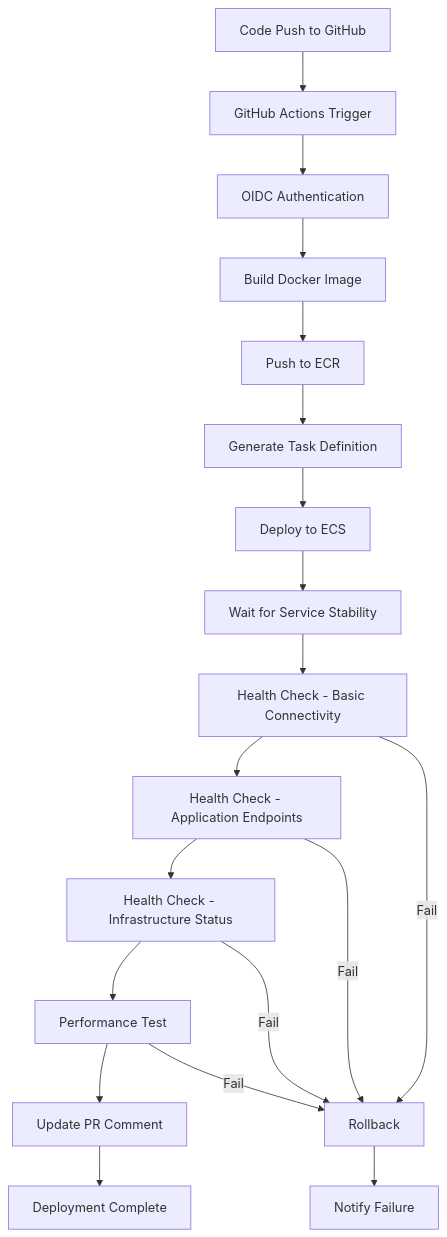
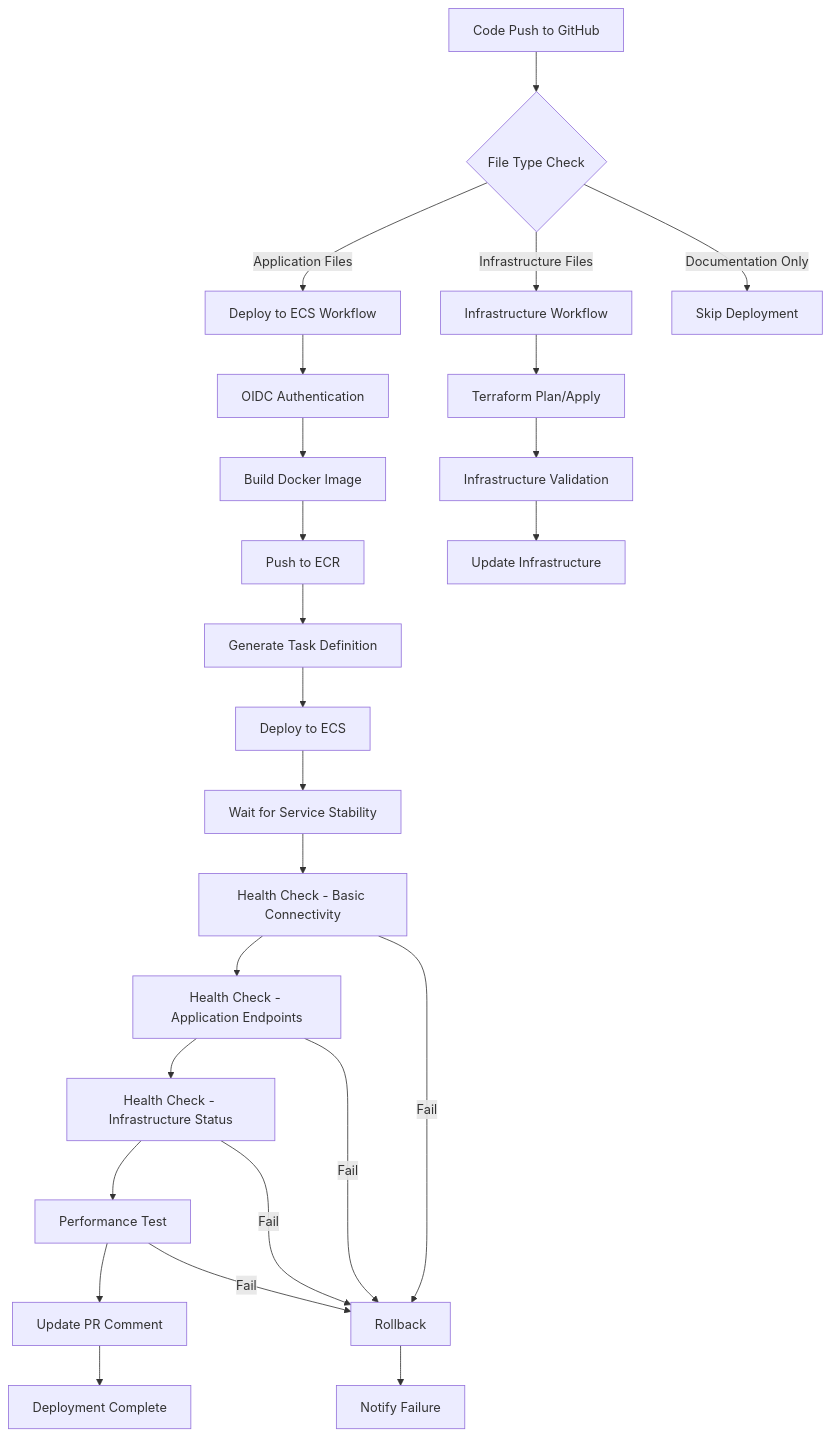
The third of 3 diagrams in README.md (iwishiwala/devops_task), drawn with Mermaid before and after one commit. The commit also changed other lines of this file and 5 other files, not shown here.

````diff
--- a/README.md
+++ b/README.md
@@ -141,22 +141,30 @@
 ```mermaid
 graph TD
-    A[Code Push to GitHub] --> B[GitHub Actions Trigger]
-    B --> C[OIDC Authentication]
-    C --> D[Build Docker Image]
-    D --> E[Push to ECR]
-    E --> F[Generate Task Definition]
-    F --> G[Deploy to ECS]
-    G --> H[Wait for Service Stability]
-    H --> I[Health Check - Basic Connectivity]
-    I --> J[Health Check - Application Endpoints]
-    J --> K[Health Check - Infrastructure Status]
-    K --> L[Performance Test]
-    L --> M[Update PR Comment]
-    M --> N[Deployment Complete]
+    A[Code Push to GitHub] --> B{File Type Check}
+    B -->|Application Files| C[Deploy to ECS Workflow]
+    B -->|Infrastructure Files| D[Infrastructure Workflow]
+    B -->|Documentation Only| E[Skip Deployment]
     
-    I -->|Fail| O[Rollback]
-    J -->|Fail| O
-    K -->|Fail| O
-    L -->|Fail| O
-    O --> P[Notify Failure]
+    C --> F[OIDC Authentication]
+    F --> G[Build Docker Image]
+    G --> H[Push to ECR]
+    H --> I[Generate Task Definition]
+    I --> J[Deploy to ECS]
+    J --> K[Wait for Service Stability]
+    K --> L[Health Check - Basic Connectivity]
+    L --> M[Health Check - Application Endpoints]
+    M --> N[Health Check - Infrastructure Status]
+    N --> O[Performance Test]
+    O --> P[Update PR Comment]
+    P --> Q[Deployment Complete]
+    
+    D --> R[Terraform Plan/Apply]
+    R --> S[Infrastructure Validation]
+    S --> T[Update Infrastructure]
+    
+    L -->|Fail| U[Rollback]
+    M -->|Fail| U
+    N -->|Fail| U
+    O -->|Fail| U
+    U --> V[Notify Failure]
 ```
````
